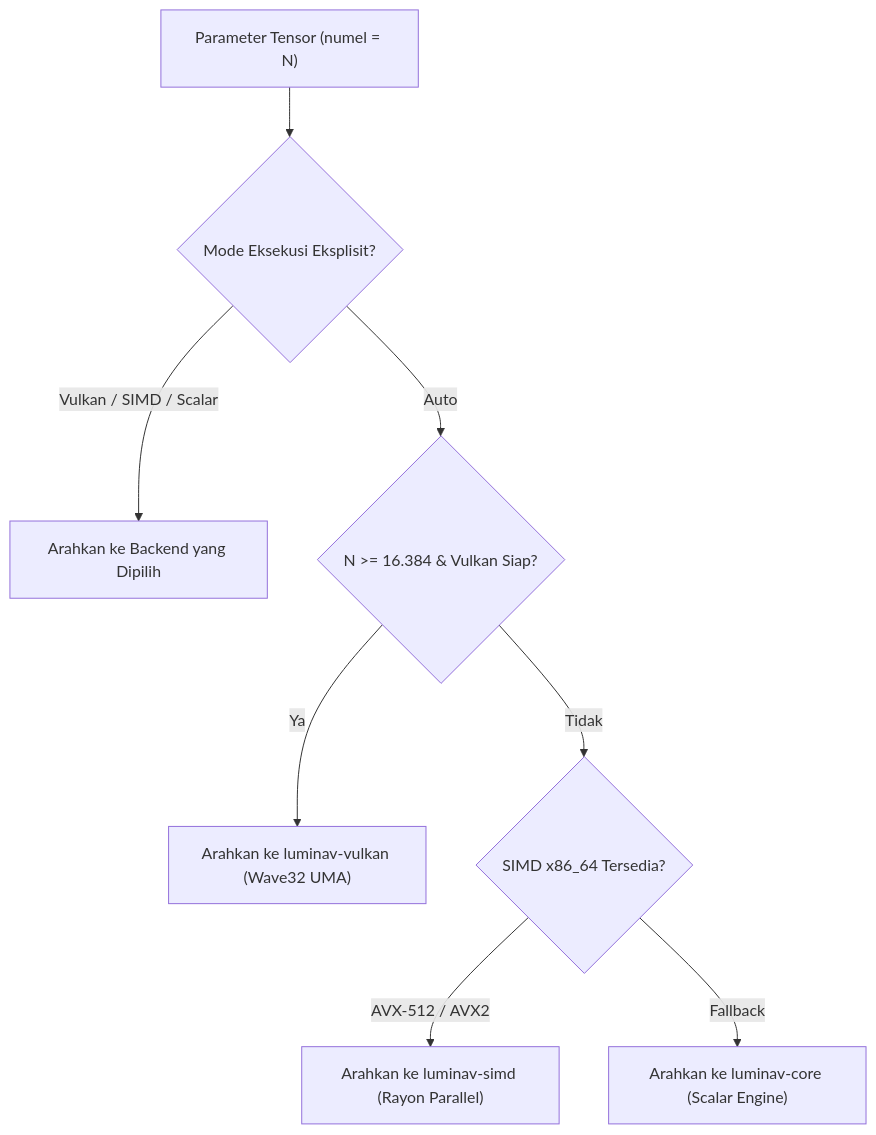
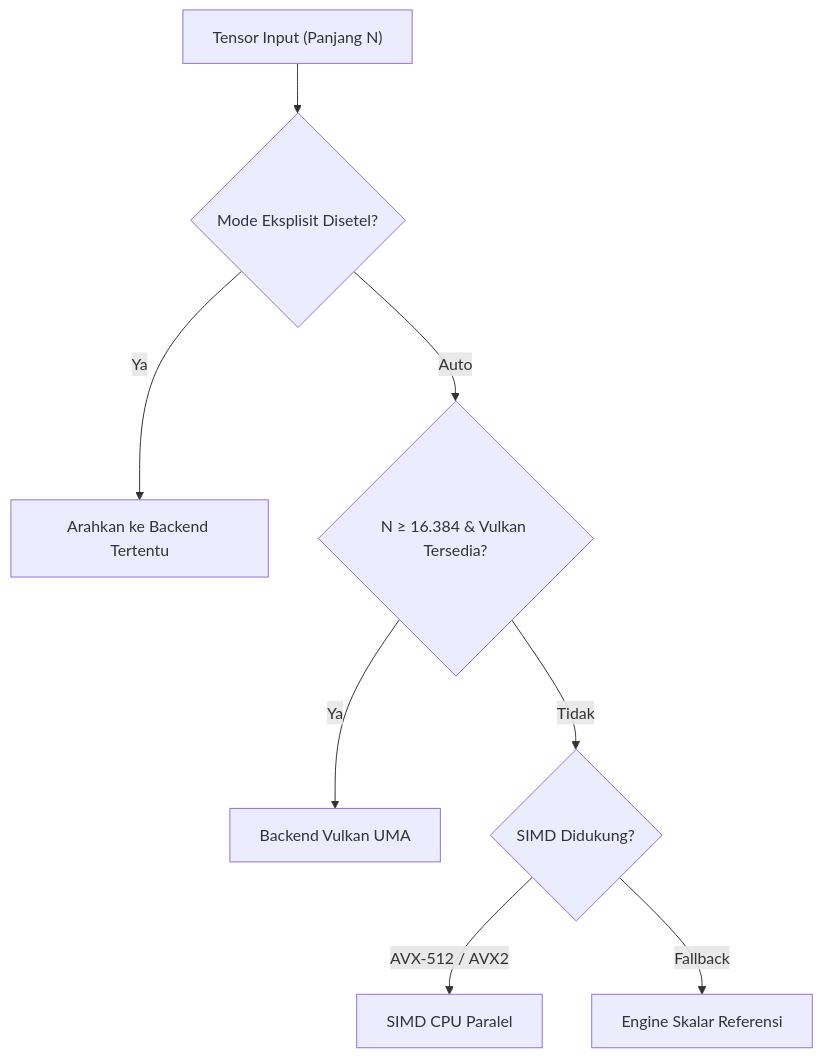
One commit to cloverx-id/luminamoon changed the second of 2 diagrams in docs/optimize/dispatch/README.id.md. Above: the diagram before and after it, drawn with Mermaid. The commit also changed other lines of this file and 33 other files, not shown here.

Commit message:
change diagram style

````diff
--- a/docs/optimize/dispatch/README.id.md
+++ b/docs/optimize/dispatch/README.id.md
@@ -33,13 +36,13 @@
 ```mermaid
 flowchart TD
-    Input["Parameter Tensor (numel = N)"] --> CheckExplicit{"Mode Eksekusi Eksplisit?"}
-    
-    CheckExplicit -->|"Vulkan / SIMD / Scalar"| ExecSelected["Arahkan ke Backend yang Dipilih"]
-    CheckExplicit -->|"Auto"| CheckGPU{"N >= 16.384 & Vulkan Siap?"}
+    Tensor["Tensor Input (Panjang N)"] --> ModeCheck{"Mode Eksplisit Disetel?"}
 
-    CheckGPU -->|"Ya"| DispatchVK["Arahkan ke luminav-vulkan (Wave32 UMA)"]
-    CheckGPU -->|"Tidak"| CheckSIMD{"SIMD x86_64 Tersedia?"}
+    ModeCheck -->|"Ya"| ManualExec["Arahkan ke Backend Tertentu"]
+    ModeCheck -->|"Auto"| SizeCheck{"N &ge; 16.384 & Vulkan Tersedia?"}
 
-    CheckSIMD -->|"AVX-512 / AVX2"| DispatchSIMD["Arahkan ke luminav-simd (Rayon Parallel)"]
-    CheckSIMD -->|"Fallback"| DispatchScalar["Arahkan ke luminav-core (Scalar Engine)"]
+    SizeCheck -->|"Ya"| ExecVulkan["Backend Vulkan UMA"]
+    SizeCheck -->|"Tidak"| SIMDCheck{"SIMD Didukung?"}
+
+    SIMDCheck -->|"AVX-512 / AVX2"| ExecSIMD["SIMD CPU Paralel"]
+    SIMDCheck -->|"Fallback"| ExecScalar["Engine Skalar Referensi"]
 ```
````
